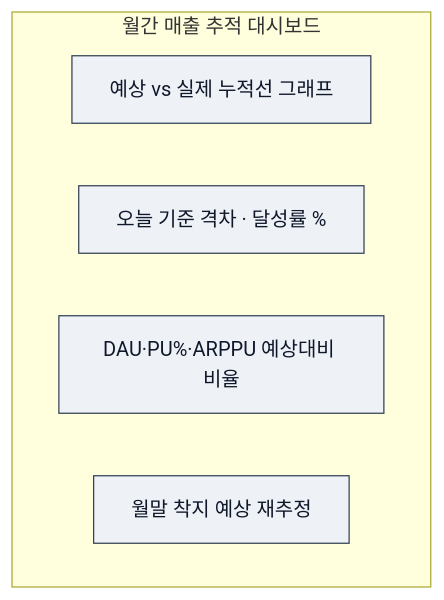
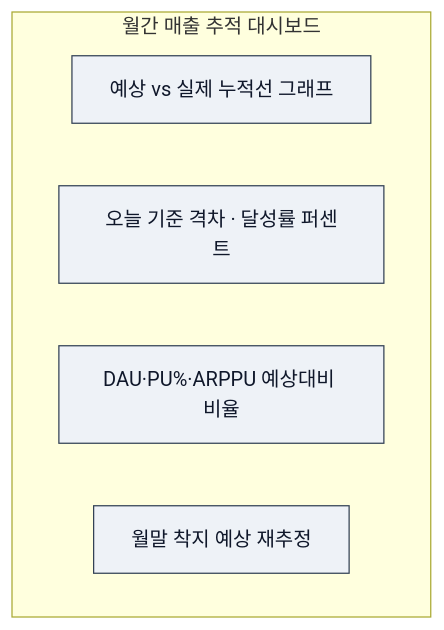
The third of 3 diagrams in content/blog/revenue-forecast-vs-actual-dashboard.md (DBhyeong/DBhyeong.github.io), drawn with Mermaid before and after one commit. The commit also changed other lines of this file and 1 other file, not shown here.

````diff
--- a/content/blog/revenue-forecast-vs-actual-dashboard.md
+++ b/content/blog/revenue-forecast-vs-actual-dashboard.md
@@ -82,12 +96,12 @@
 ```mermaid
 flowchart TB
     subgraph 대시보드[월간 매출 추적 대시보드]
       C1[예상 vs 실제 누적선 그래프]
-      C2[오늘 기준 격차 · 달성률 %]
+      C2[오늘 기준 격차 · 달성률 퍼센트]
       C3[DAU·PU%·ARPPU 예상대비 비율]
       C4[월말 착지 예상 재추정]
     end
 
     classDef card fill:#eef2f7,stroke:#334155,color:#0f172a,stroke-width:1px
     class C1,C2,C3,C4 card
 ```
````
